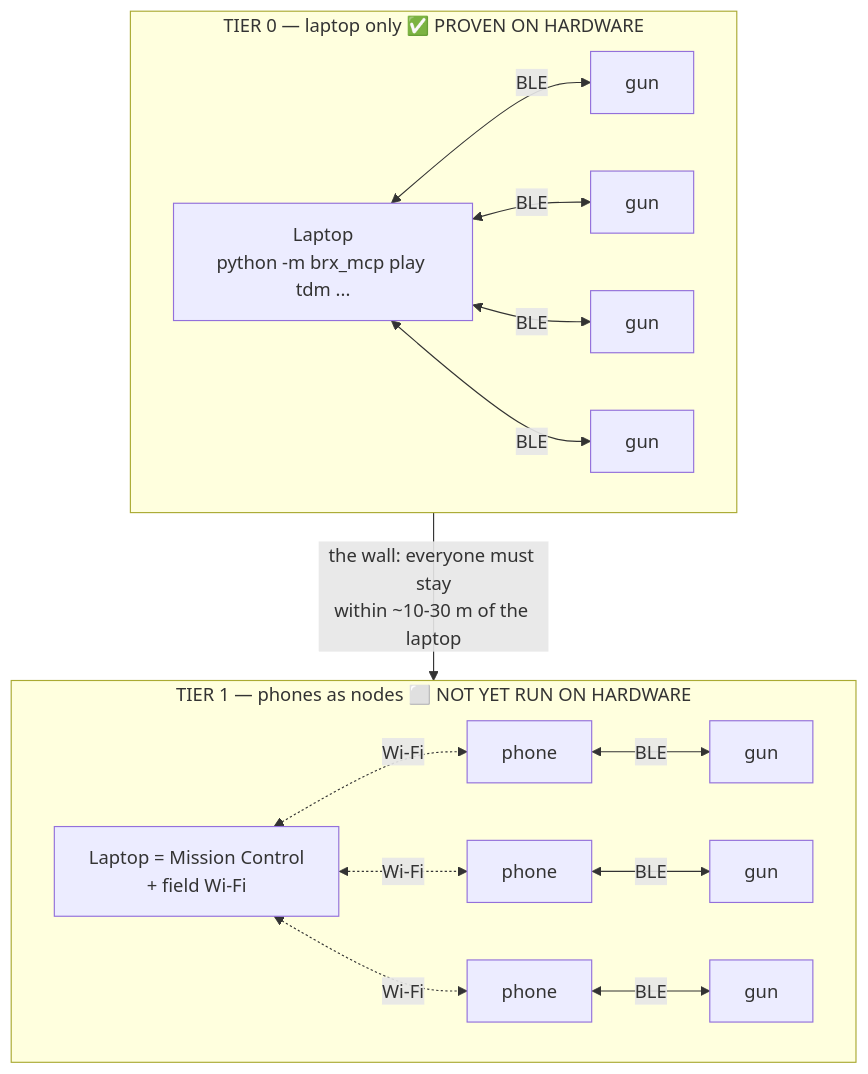
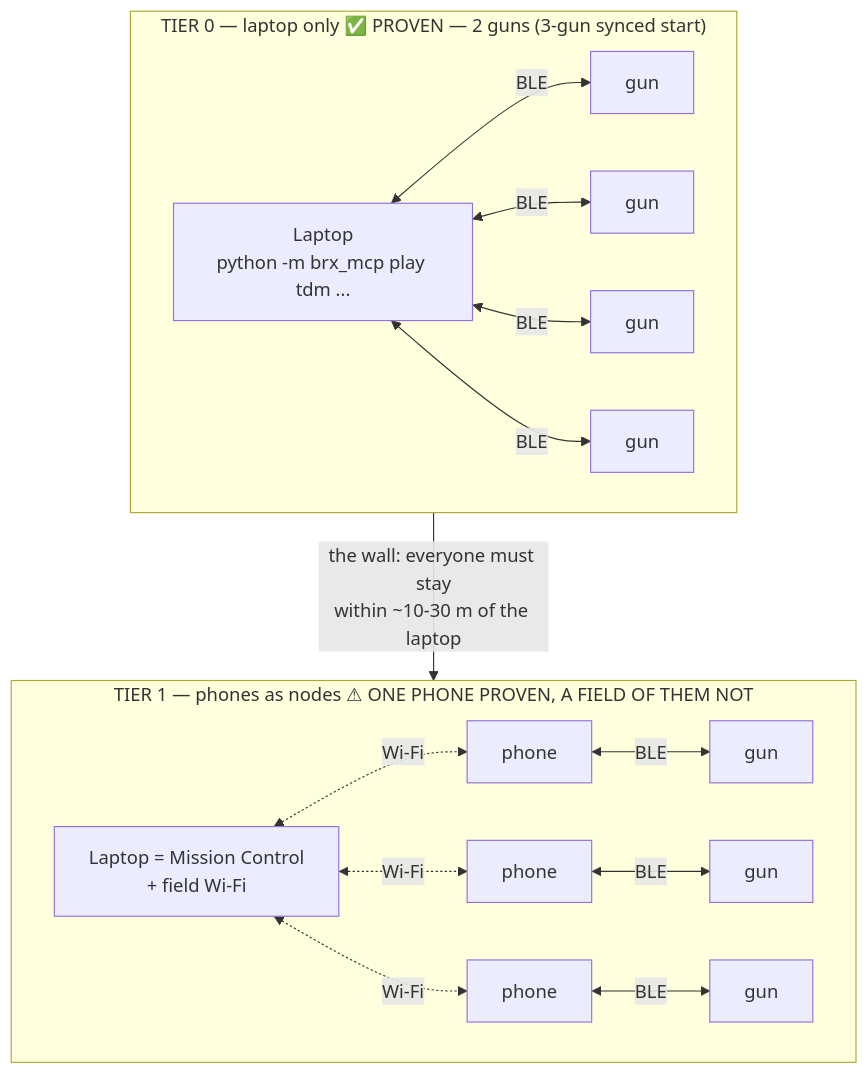
The third of 5 diagrams in docs/architecture-topology.md (tony99nyr/open-brx), drawn with Mermaid before and after one commit. The commit also changed other lines of this file and 1 other file, not shown here.

````diff
--- a/docs/architecture-topology.md
+++ b/docs/architecture-topology.md
@@ -115,32 +120,32 @@
 ```mermaid
 flowchart TB
-  subgraph T0["TIER 0 — laptop only ✅ PROVEN ON HARDWARE"]
+  subgraph T0["TIER 0 — laptop only ✅ PROVEN — 2 guns (3-gun synced start)"]
     direction LR
     L0["Laptop<br/>python -m brx_mcp play tdm ..."]
     g1["gun"]
     g2["gun"]
     g3["gun"]
     g4["gun"]
     L0 <-->|BLE| g1
     L0 <-->|BLE| g2
     L0 <-->|BLE| g3
     L0 <-->|BLE| g4
   end
-  subgraph T1["TIER 1 — phones as nodes ⬜ NOT YET RUN ON HARDWARE"]
+  subgraph T1["TIER 1 — phones as nodes ⚠ ONE PHONE PROVEN, A FIELD OF THEM NOT"]
     direction LR
     L1["Laptop = Mission Control<br/>+ field Wi-Fi"]
     p1["phone"]
     p2["phone"]
     p3["phone"]
     q1["gun"]
     q2["gun"]
     q3["gun"]
     L1 <-.->|Wi-Fi| p1
     L1 <-.->|Wi-Fi| p2
     L1 <-.->|Wi-Fi| p3
     p1 <-->|BLE| q1
     p2 <-->|BLE| q2
     p3 <-->|BLE| q3
   end
   T0 -->|"the wall: everyone must stay<br/>within ~10-30 m of the laptop"| T1
 ```
````
